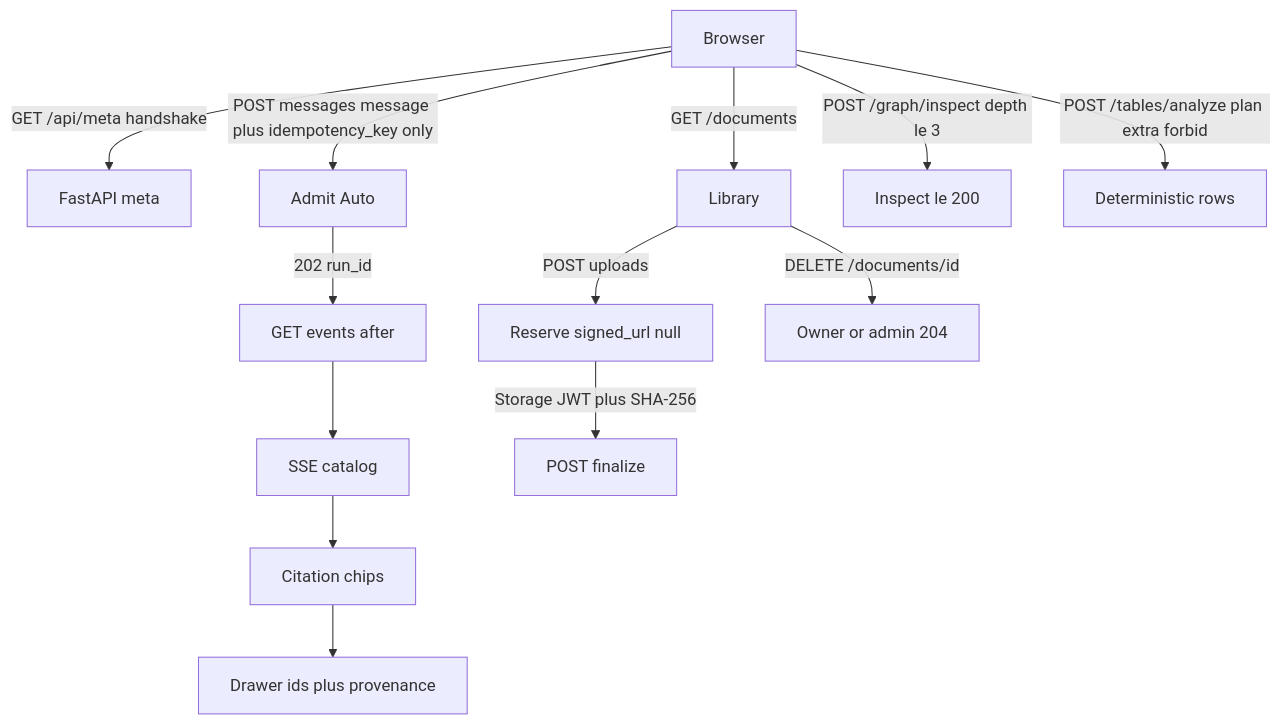
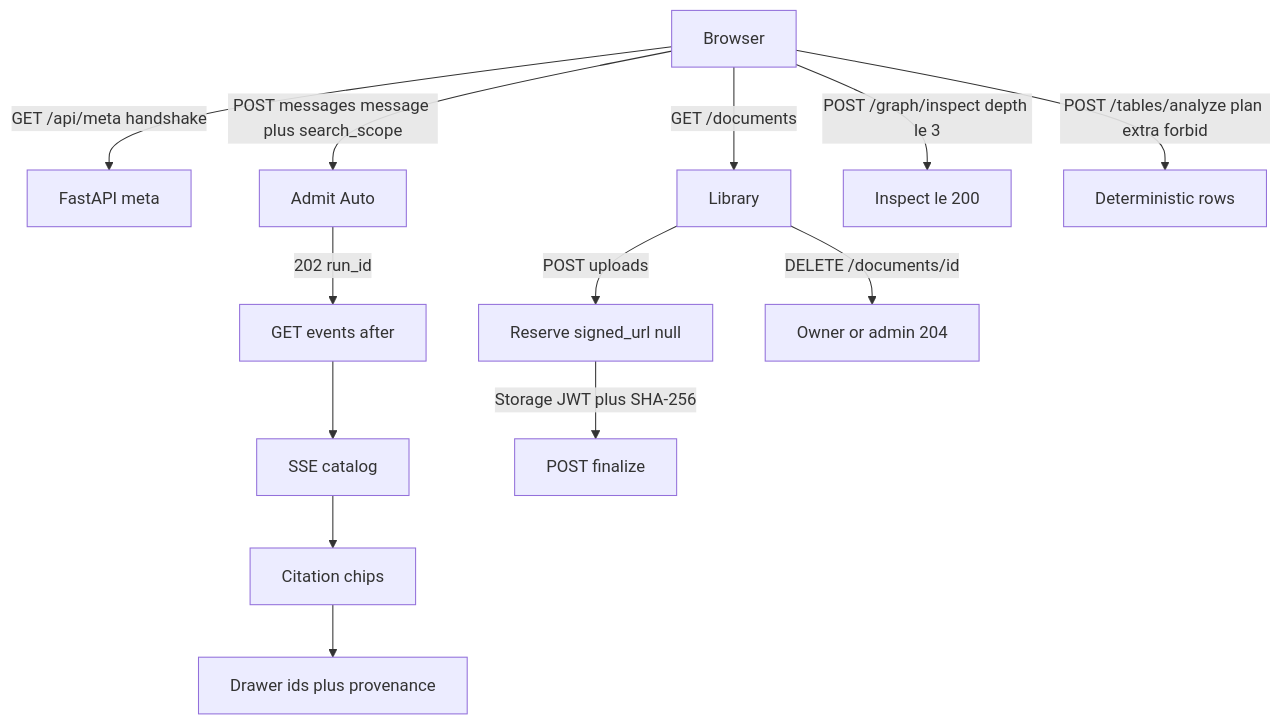
Before and after one commit to Nagdy8888/smart-rag: the diagram in docs/frontend/CORE_RAG_SURFACES.md, drawn with Mermaid. The commit also changed other lines of this file and 147 other files, not shown here.

````diff
--- a/docs/frontend/CORE_RAG_SURFACES.md
+++ b/docs/frontend/CORE_RAG_SURFACES.md
@@ -51,16 +51,16 @@
 ```mermaid
 flowchart TD
   browser[Browser]
   browser -->|GET /api/meta handshake| meta[FastAPI meta]
-  browser -->|POST messages message plus idempotency_key only| admit[Admit Auto]
+  browser -->|POST messages message plus search_scope| admit[Admit Auto]
   admit -->|202 run_id| resume[GET events after]
   resume --> catalog[SSE catalog]
   catalog --> chips[Citation chips]
   chips --> drawer[Drawer ids plus provenance]
   browser -->|GET /documents| library[Library]
   library -->|POST uploads| reserve[Reserve signed_url null]
   reserve -->|Storage JWT plus SHA-256| finalize[POST finalize]
   library -->|DELETE /documents/id| tombstone[Owner or admin 204]
   browser -->|POST /graph/inspect depth le 3| inspect[Inspect le 200]
   browser -->|POST /tables/analyze plan extra forbid| table[Deterministic rows]
 ```
````
